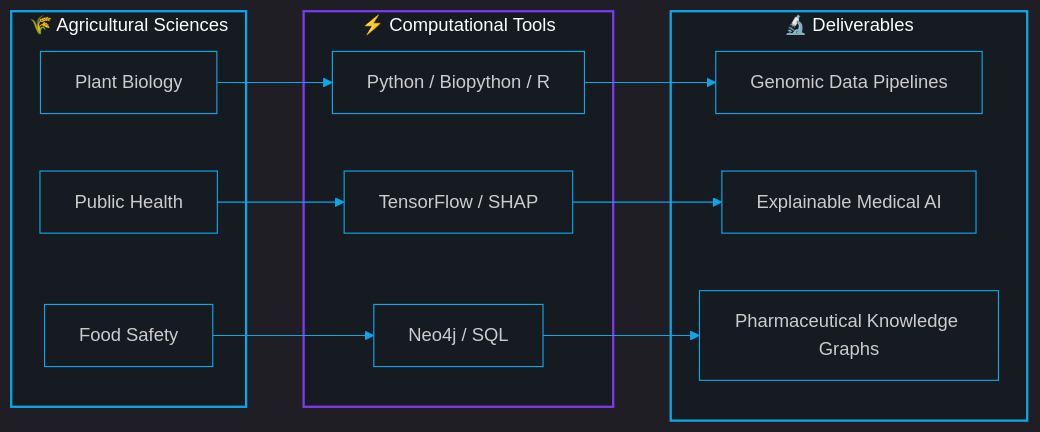
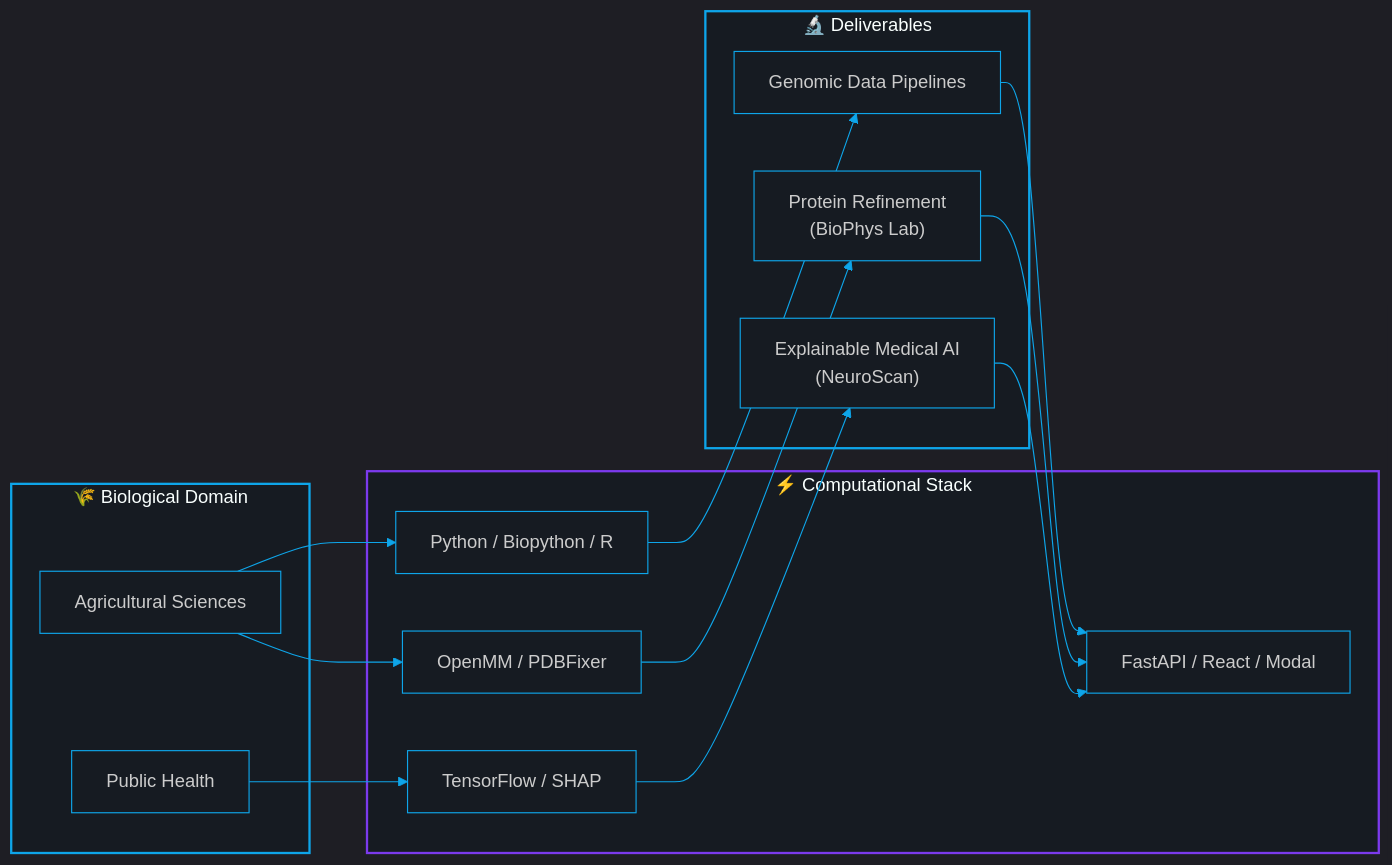
One commit to HassanAhmed2Ha/HassanAhmed2Ha changed the diagram in README.md. Above: the diagram before and after it, drawn with Mermaid. The commit also changed other lines of this file, not shown here.

````diff
--- a/README.md
+++ b/README.md
@@ -252,29 +249,32 @@
 ```mermaid
-%%{init: {'theme': 'dark', 'themeVariables': {'primaryColor': '#7C3AED', 'primaryTextColor': '#C9D1D9', 'primaryBorderColor': '#0EA5E9', 'lineColor': '#0EA5E9', 'secondaryColor': '#0D1117', 'tertiaryColor': '#161B22', 'background': '#0D1117', 'mainBkg': '#161B22', 'nodeBorder': '#0EA5E9', 'clusterBkg': '#0D1117', 'clusterBorder': '#7C3AED'}}}%%
+%%{init: {'theme': 'dark', 'themeVariables': {'primaryColor': '#7C3AED', 'primaryTextColor': '#C9D1D9', 'primaryBorderColor': '#0EA5E9', 'lineColor': '#0EA5E9', 'secondaryColor': '#0D1117', 'tertiaryColor': '#161B22', 'background': '#0D1117', 'mainBkg': '#161B22', 'nodeBorder': '#0EA5E9', 'clusterBkg': '#161B22', 'clusterBorder': '#7C3AED'}}}%%
 flowchart LR
-    subgraph DOMAIN["🌾 Agricultural Sciences"]
-        A["Plant Biology"]
+    subgraph BIO["🌾 Biological Domain"]
+        A["Agricultural Sciences"]
         B["Public Health"]
-        C["Food Safety"]
     end
 
-    subgraph TOOLS["⚡ Computational Tools"]
-        D["Python / Biopython / R"]
-        E["TensorFlow / SHAP"]
-        F["Neo4j / SQL"]
+    subgraph COMPUTE["⚡ Computational Stack"]
+        C["Python / Biopython / R"]
+        D["TensorFlow / SHAP"]
+        E["OpenMM / PDBFixer"]
+        F["FastAPI / React / Modal"]
     end
 
-    subgraph OUTPUT["🔬 Deliverables"]
+    subgraph DELIVER["🔬 Deliverables"]
         G["Genomic Data Pipelines"]
-        H["Explainable Medical AI"]
-        I["Pharmaceutical Knowledge Graphs"]
+        H["Explainable Medical AI\n(NeuroScan)"]
+        I["Protein Refinement\n(BioPhys Lab)"]
     end
 
-    A --> D --> G
-    B --> E --> H
-    C --> F --> I
+    A --> C --> G
+    B --> D --> H
+    A --> E --> I
+    G --> F
+    H --> F
+    I --> F
 
-    style DOMAIN fill:#161B22,stroke:#0EA5E9,stroke-width:2px
-    style TOOLS fill:#161B22,stroke:#7C3AED,stroke-width:2px
-    style OUTPUT fill:#161B22,stroke:#0EA5E9,stroke-width:2px
+    style BIO fill:#161B22,stroke:#0EA5E9,stroke-width:2px
+    style COMPUTE fill:#161B22,stroke:#7C3AED,stroke-width:2px
+    style DELIVER fill:#161B22,stroke:#0EA5E9,stroke-width:2px
 ```
````
